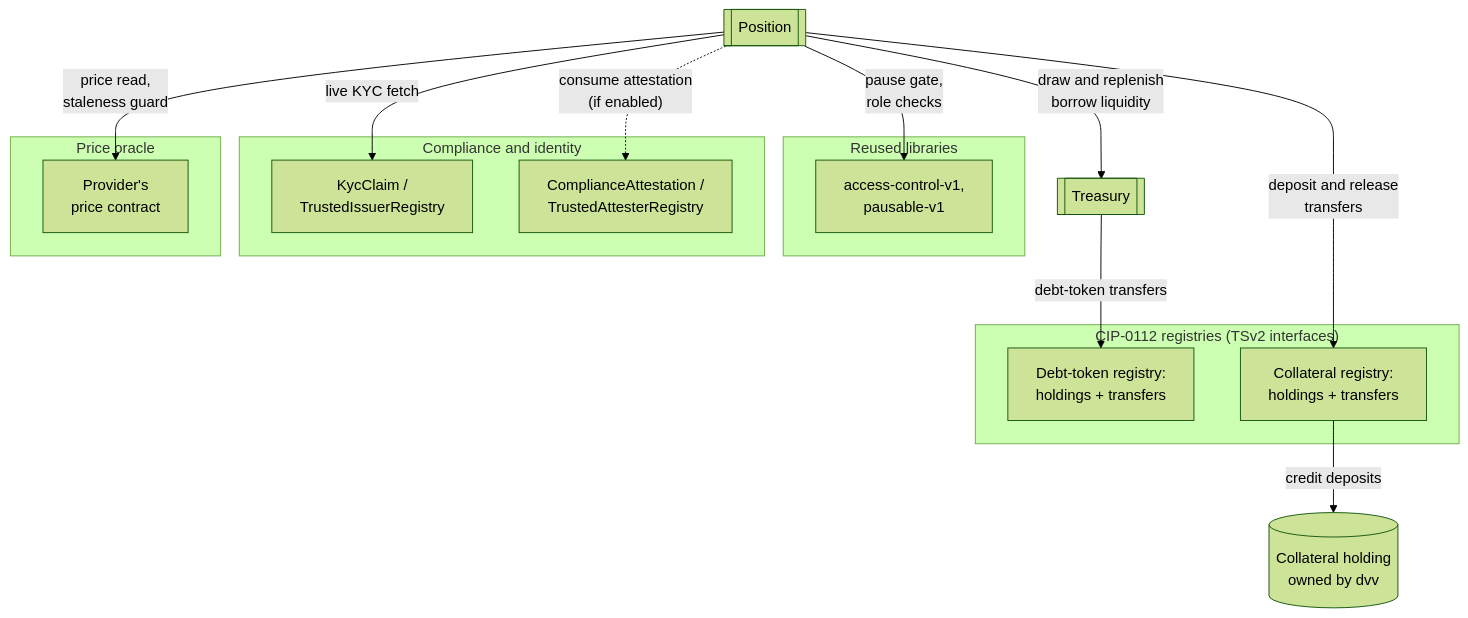
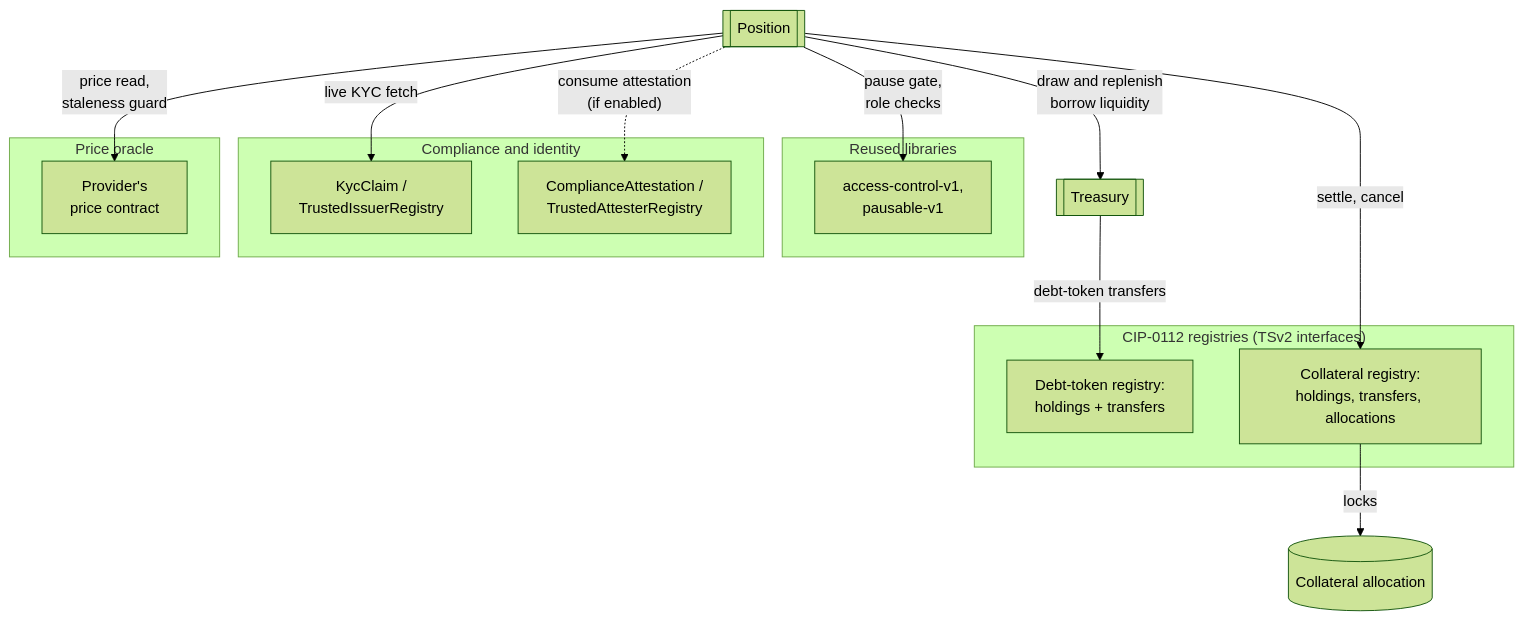
Before and after one commit to OpenZeppelin/canton-specs: the second of 9 diagrams in docs/reference-architectures/lending.md, drawn with Mermaid (forest theme). The commit also changed other lines of this file, not shown here.

````diff
--- a/docs/reference-architectures/lending.md
+++ b/docs/reference-architectures/lending.md
@@ -155,33 +157,33 @@
 ```mermaid
 flowchart TB
     Position[["Position"]]
     Treasury[["Treasury"]]
-    Collateral[("Collateral holding<br/>owned by dvv")]
+    Collateral[("Collateral allocation")]
 
     subgraph Libraries["Reused libraries"]
         Gov["access-control-v1,<br/>pausable-v1"]
     end
 
     subgraph Identity["Compliance and identity"]
         Kyc["KycClaim /<br/>TrustedIssuerRegistry"]
         Att["ComplianceAttestation /<br/>TrustedAttesterRegistry"]
     end
 
     subgraph Rail["CIP-0112 registries (TSv2 interfaces)"]
         Debt["Debt-token registry:<br/>holdings + transfers"]
-        Coll["Collateral registry:<br/>holdings + transfers"]
+        Coll["Collateral registry:<br/>holdings, transfers, allocations"]
     end
 
     subgraph Price["Price oracle"]
         Oracle["Provider's<br/>price contract"]
     end
 
     Position -->|"price read,<br/>staleness guard"| Oracle
     Position -->|"pause gate,<br/>role checks"| Gov
     Position -->|"live KYC fetch"| Kyc
     Position -->|"draw and replenish<br/>borrow liquidity"| Treasury
     Treasury -->|"debt-token transfers"| Debt
     Position -.->|"consume attestation<br/>(if enabled)"| Att
-    Position -->|"deposit and release<br/>transfers"| Coll
-    Coll -->|"credit deposits"| Collateral
+    Position -->|"settle, cancel"| Coll
+    Coll -->|"locks"| Collateral
 ```
````
